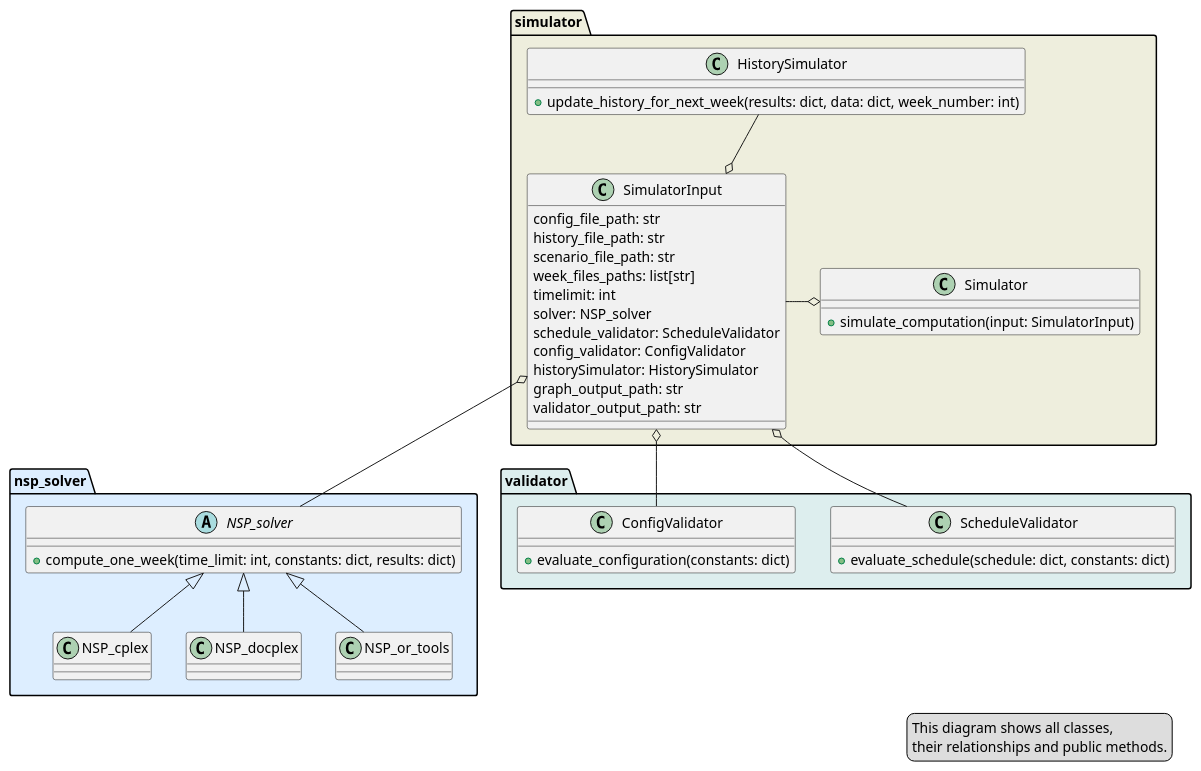
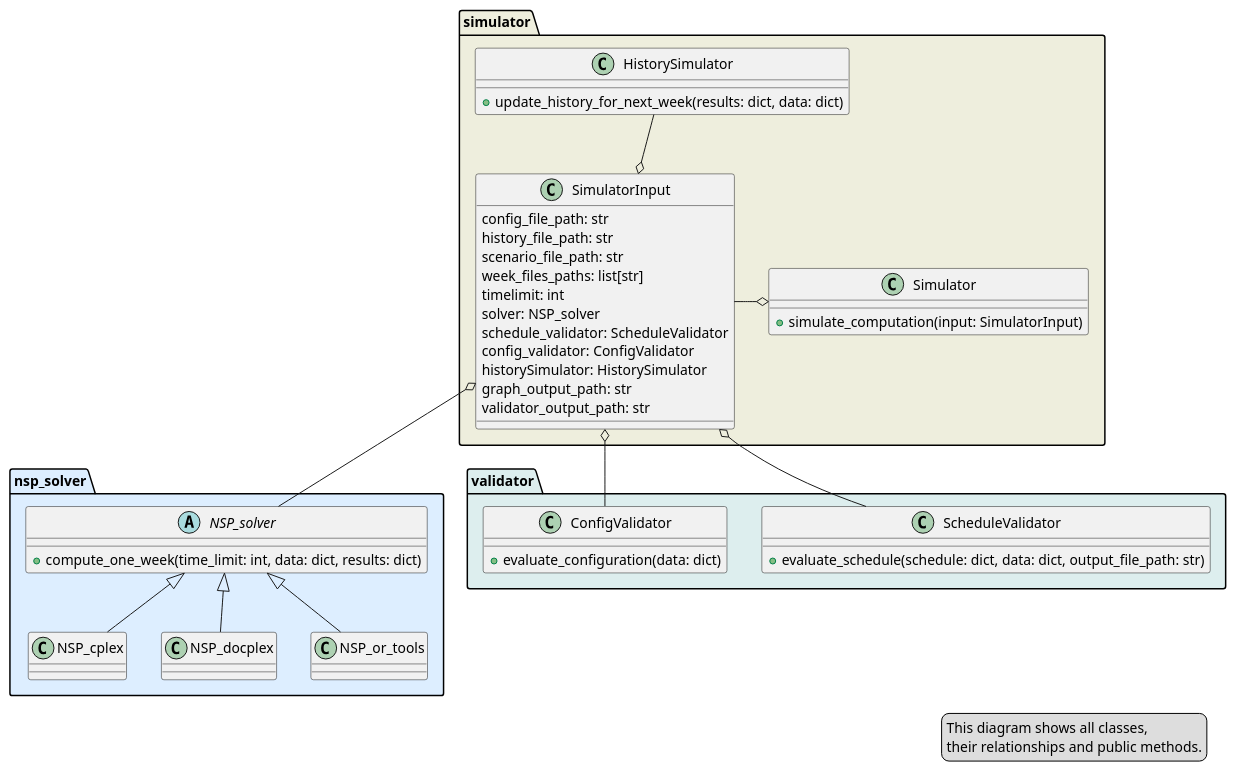
One commit to Efnalim/configurable-algo-NRP changed the diagram in documentation/diagrams/class_diag.puml. Above: the diagram before and after it, drawn with PlantUML. The commit also changed 7 other files, not shown here.

```diff
--- a/documentation/diagrams/class_diag.puml
+++ b/documentation/diagrams/class_diag.puml
@@ -1,63 +1,63 @@
 @startuml
 
 skinparam maxWidth 400
 
 
 package "nsp_solver" <<Folder>> #DDEEFF {
     abstract class NSP_solver {
-        +compute_one_week(time_limit: int, constants: dict, results: dict)
+        +compute_one_week(time_limit: int, data: dict, results: dict)
     }
 
     NSP_solver <|-- NSP_cplex
     NSP_solver <|-- NSP_docplex
     NSP_solver <|-- NSP_or_tools
 }
 
 
 package "validator" <<Folder>> #DDEEEE {
     class ScheduleValidator {
-        +evaluate_schedule(schedule: dict, constants: dict)
+        +evaluate_schedule(schedule: dict, data: dict, output_file_path: str)
     }
 
     class ConfigValidator {
-        +evaluate_configuration(constants: dict)
+        +evaluate_configuration(data: dict)
     }
 }
 
 package "simulator" <<Folder>> #EEEEDD {
     class Simulator {
         +simulate_computation(input: SimulatorInput)
     }
 
     class SimulatorInput{
         config_file_path: str
         history_file_path: str
         scenario_file_path: str
         week_files_paths: list[str]
         timelimit: int
         solver: NSP_solver
         schedule_validator: ScheduleValidator
         config_validator: ConfigValidator
         historySimulator: HistorySimulator
         graph_output_path: str
         validator_output_path: str
     }
 
     class HistorySimulator{
-        +update_history_for_next_week(results: dict, data: dict, week_number: int)
+        +update_history_for_next_week(results: dict, data: dict)
     }
 }
 
 SimulatorInput o-down- NSP_solver
 SimulatorInput o-down- ScheduleValidator
 SimulatorInput o-down- ConfigValidator
 SimulatorInput o-up- HistorySimulator
 SimulatorInput -right-o Simulator
 
 
 legend bottom right
 This diagram shows all classes, 
 their relationships and public methods.
 endlegend
 
 @enduml
```
